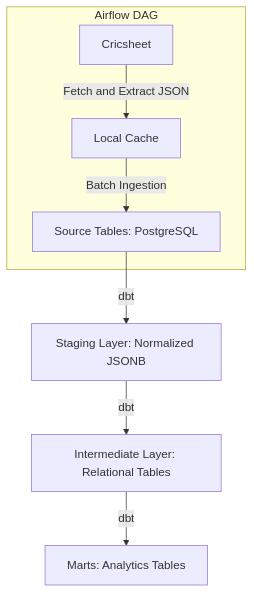
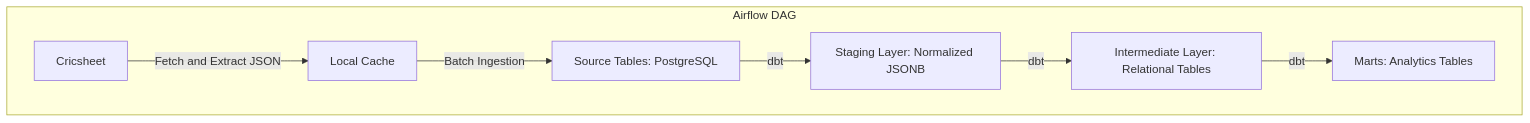
The first of 2 diagrams in README.md (shsiddhant/cricket-warehouse), drawn with Mermaid before and after one commit. The commit also changed other lines of this file and 6 other files, not shown here.

````diff
--- a/README.md
+++ b/README.md
@@ -55,15 +170,15 @@
 ```mermaid
 flowchart TD
 
 subgraph Airflow DAG
     A[Cricsheet] -->|Fetch and Extract JSON| B[Local Cache]
     B -->|Batch Ingestion| C[Source Tables: PostgreSQL]
-end
 
 C -->|dbt| D[Staging Layer: Normalized JSONB]
 
 D -->|dbt| E[Intermediate Layer: Relational Tables]
 
 E -->|dbt| F[Marts: Analytics Tables]
 
+end
 ```
````
